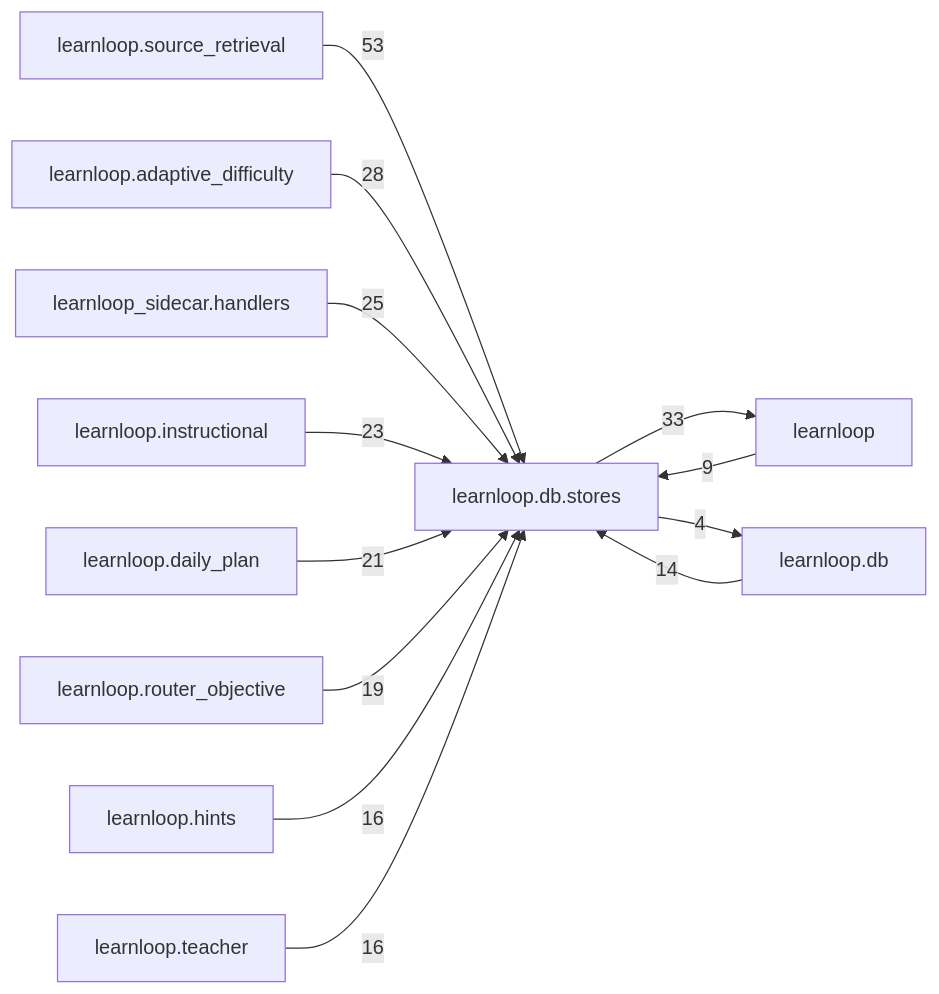
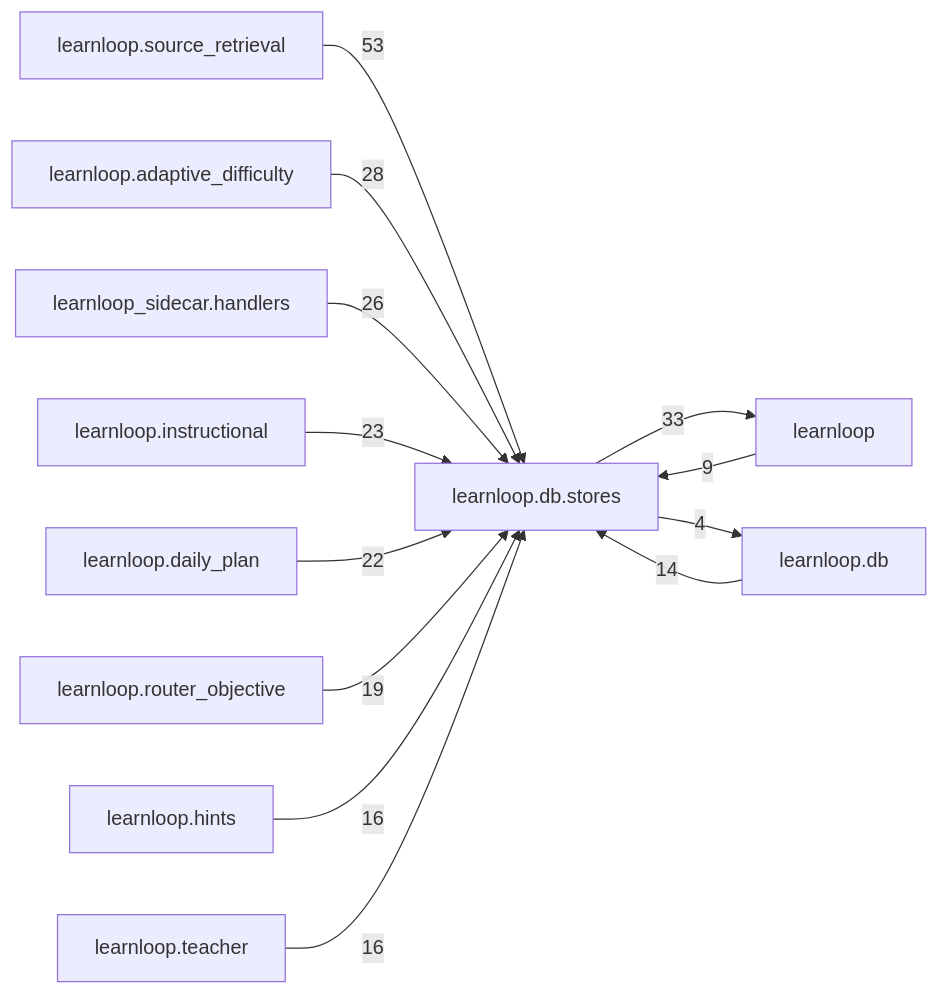
Before and after one commit to 6up-b/learnanything: the diagram in docs/learnloop-architecture-vault/Reference/Modules/learnloop/db/stores/_package.md, drawn with Mermaid. The commit also changed other lines of this file and 42 other files, not shown here.

````diff
--- a/docs/learnloop-architecture-vault/Reference/Modules/learnloop/db/stores/_package.md
+++ b/docs/learnloop-architecture-vault/Reference/Modules/learnloop/db/stores/_package.md
@@ -219,26 +219,26 @@
 ```mermaid
 flowchart LR
     center["learnloop.db.stores"]
     n_learnloop_source_retrieval["learnloop.source_retrieval"]
     n_learnloop["learnloop"]
     n_learnloop_adaptive_difficulty["learnloop.adaptive_difficulty"]
     n_learnloop_sidecar_handlers["learnloop_sidecar.handlers"]
     n_learnloop_instructional["learnloop.instructional"]
     n_learnloop_daily_plan["learnloop.daily_plan"]
     n_learnloop_router_objective["learnloop.router_objective"]
     n_learnloop_db["learnloop.db"]
     n_learnloop_hints["learnloop.hints"]
     n_learnloop_teacher["learnloop.teacher"]
     n_learnloop_source_retrieval -->|53| center
     n_learnloop -->|9| center
     center -->|33| n_learnloop
     n_learnloop_adaptive_difficulty -->|28| center
-    n_learnloop_sidecar_handlers -->|25| center
+    n_learnloop_sidecar_handlers -->|26| center
     n_learnloop_instructional -->|23| center
-    n_learnloop_daily_plan -->|21| center
+    n_learnloop_daily_plan -->|22| center
     n_learnloop_router_objective -->|19| center
     n_learnloop_db -->|14| center
     center -->|4| n_learnloop_db
     n_learnloop_hints -->|16| center
     n_learnloop_teacher -->|16| center
 ```
````
